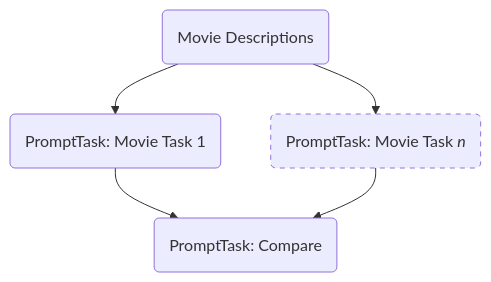
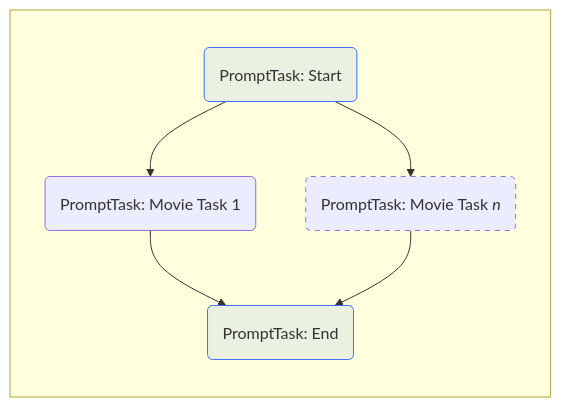
The first of 4 diagrams in docs/courses/compare-movies-workflow/05_using_tools.md (griptape-ai/griptape-trade-school), drawn with Mermaid before and after one commit. The commit also changed other lines of this file and 6 other files, not shown here.

````diff
--- a/docs/courses/compare-movies-workflow/05_using_tools.md
+++ b/docs/courses/compare-movies-workflow/05_using_tools.md
@@ -6,9 +7,17 @@
 ``` mermaid
-graph TB
-    A(Movie Descriptions) --> B("PromptTask: Movie Task 1") --> I("PromptTask: Compare")
-    A --> G("PromptTask: Movie Task <i>n</i>" ):::dash
-    G --> I
+graph TB 
+    subgraph " "
+        direction TB
+        A("PromptTask: Start"):::main 
+        B("PromptTask: Movie Task 1")
+        G("PromptTask: Movie Task <i>n</i>" ):::dash
+        I("PromptTask: End"):::main
+        A --> B --> I
+        A --> G --> I
+    end
+    
+    classDef main fill:#4274ff1a, stroke:#426eff
     classDef dash stroke-dasharray: 5 5
     classDef tool stroke:#f06090
 
 ```
````
